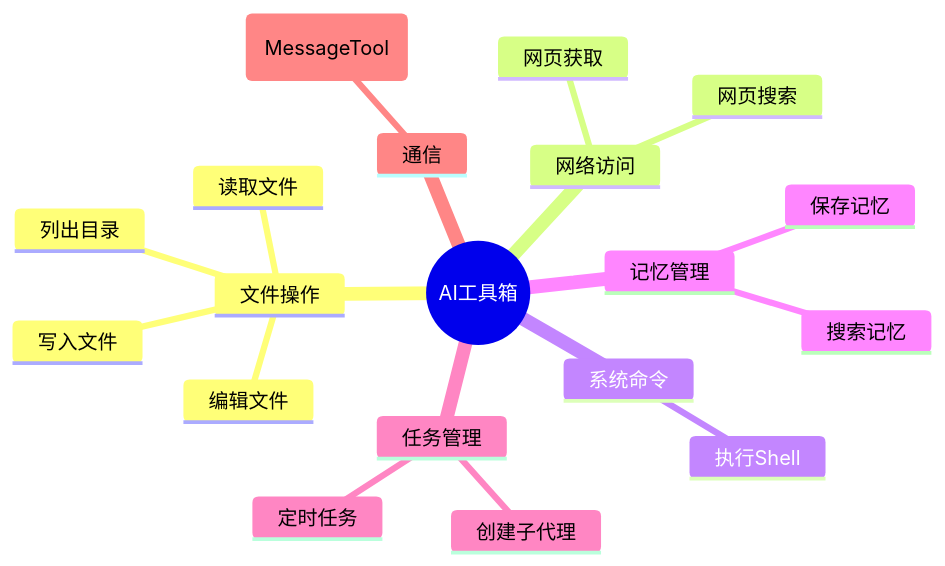
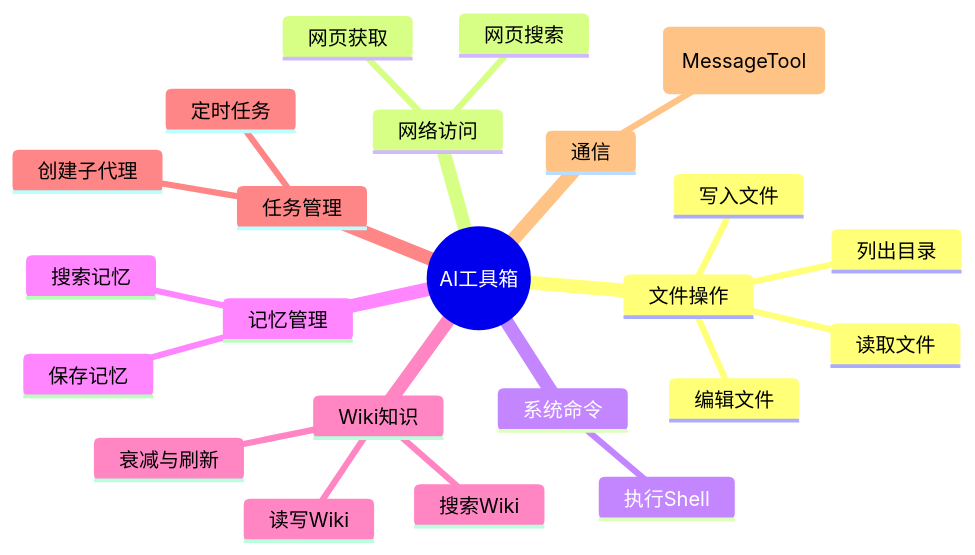
The third of 17 diagrams in docs/tools.md (yeheng/nanobot-rs), drawn with Mermaid before and after one commit. The commit also changed other lines of this file and 57 other files, not shown here.

````diff
--- a/docs/tools.md
+++ b/docs/tools.md
@@ -62,22 +62,26 @@
 ```mermaid
 mindmap
   root((AI工具箱))
     文件操作
       读取文件
       写入文件
       编辑文件
       列出目录
     网络访问
       网页搜索
       网页获取
     系统命令
       执行Shell
     记忆管理
       搜索记忆
       保存记忆
+    Wiki知识
+      搜索Wiki
+      读写Wiki
+      衰减与刷新
     任务管理
       创建子代理
       定时任务
     通信
       发送消息 (MessageTool)
 ```
````
